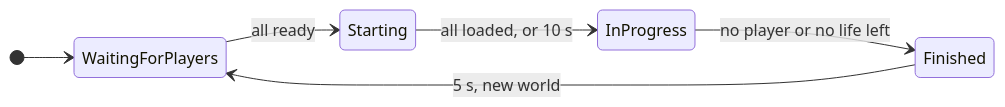
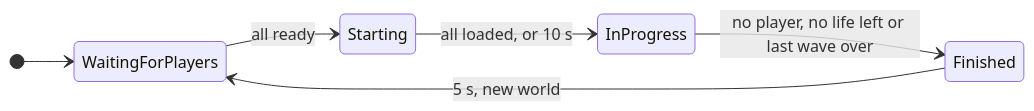
Before and after one commit to nique-epi/R-Type: the second of 3 diagrams in docs/src/content/docs/server.md, drawn with Mermaid. The commit also changed other lines of this file and 78 other files, not shown here.

````diff
--- a/docs/src/content/docs/server.md
+++ b/docs/src/content/docs/server.md
@@ -69,11 +69,11 @@
 ```mermaid
 stateDiagram-v2
   accTitle: The states of a game
-  accDescr: A game starts in WaitingForPlayers. It goes to Starting when every connected player is ready, to InProgress when the players have loaded the game or after 10 seconds, to Finished when no player is left or no player has a life left, and back to WaitingForPlayers with a new world after 5 seconds.
+  accDescr: A game starts in WaitingForPlayers. It goes to Starting when every connected player is ready, to InProgress when the players have loaded the game or after 10 seconds, to Finished when no player is left, no player has a life left or the last wave is over, and back to WaitingForPlayers with a new world after 5 seconds.
   direction LR
   [*] --> WaitingForPlayers
   WaitingForPlayers --> Starting: all ready
   Starting --> InProgress: all loaded, or 10 s
-  InProgress --> Finished: no player or no life left
+  InProgress --> Finished: no player, no life left or last wave over
   Finished --> WaitingForPlayers: 5 s, new world
 ```
````
